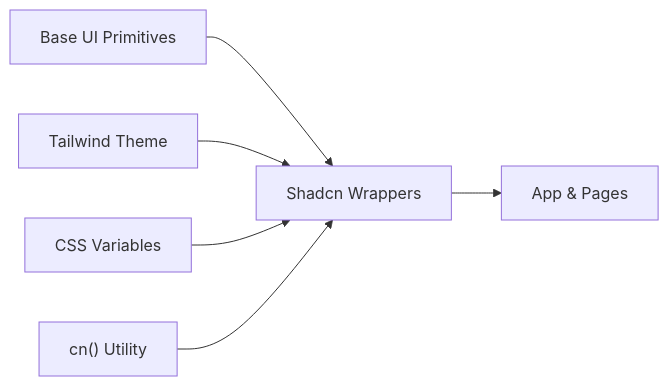
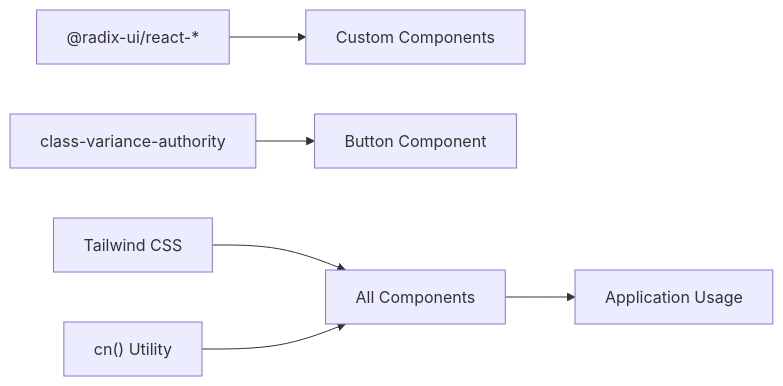
Before and after one commit to MudassarAbrar/FreshRoute-Ai: the fifth of 5 diagrams in .qoder/repowiki/en/content/Core Components/Shadcn UI Component Library.md, drawn with Mermaid. The commit also changed other lines of this file and 10 other files, not shown here.

````diff
--- a/.qoder/repowiki/en/content/Core Components/Shadcn UI Component Library.md
+++ b/.qoder/repowiki/en/content/Core Components/Shadcn UI Component Library.md
@@ -294,8 +222,8 @@
 ```mermaid
 graph LR
-BJ["Base UI Primitives"] --> UI["Shadcn Wrappers"]
-TW["Tailwind Theme"] --> UI
-CSSV["CSS Variables"] --> UI
-CN["cn() Utility"] --> UI
-UI --> APP["App & Pages"]
+RADIX["@radix-ui/react-*"] --> CUSTOM["Custom Components"]
+CVA["class-variance-authority"] --> BUTTON["Button Component"]
+TAILWIND["Tailwind CSS"] --> ALL["All Components"]
+CN["cn() Utility"] --> ALL
+ALL --> APP["Application Usage"]
 ```
````
